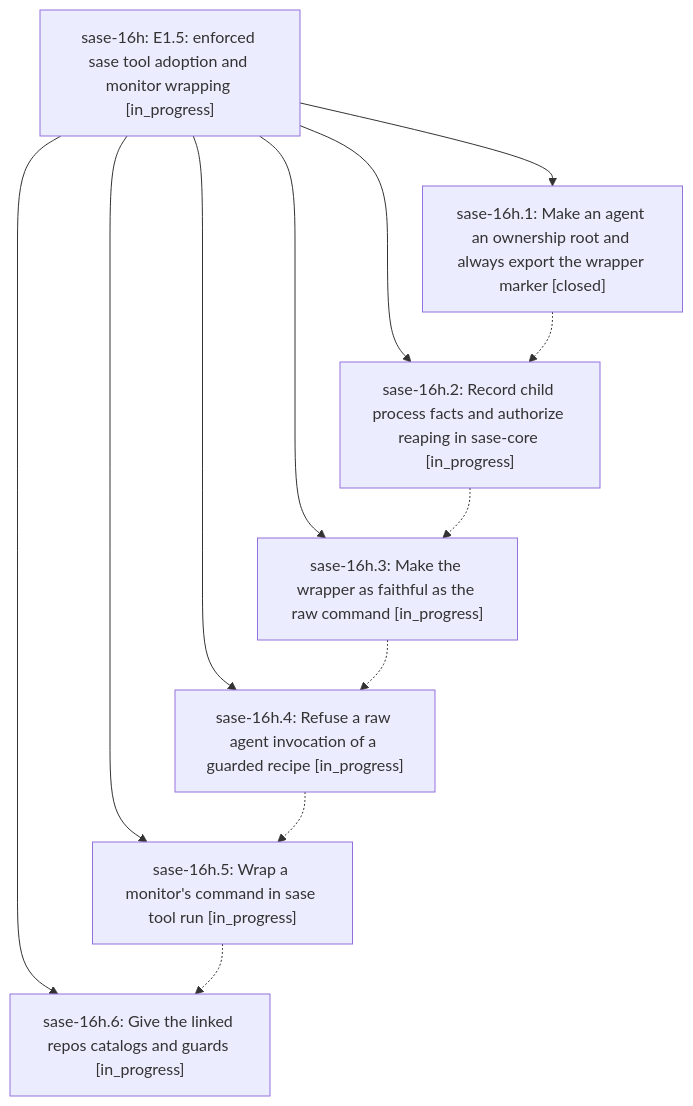
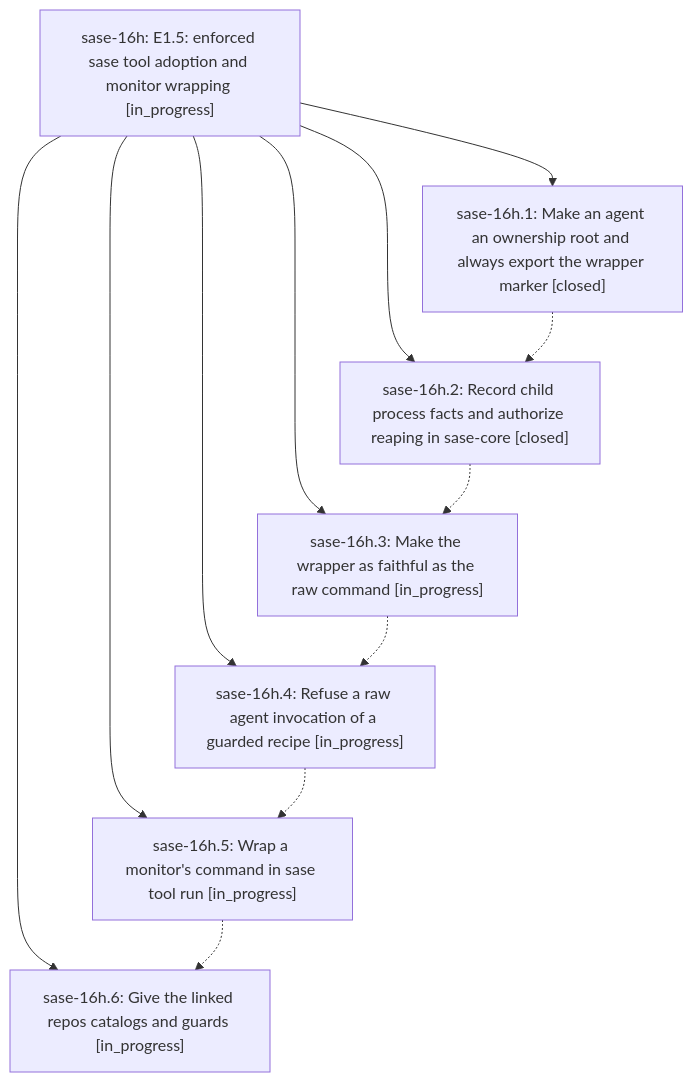
One commit to sase-org/sase--beads changed the diagram in pages/sase-16h/README.md. Above: the diagram before and after it, drawn with Mermaid. The commit also changed other lines of this file and 3 other files, not shown here.

````diff
--- a/pages/sase-16h/README.md
+++ b/pages/sase-16h/README.md
@@ -27,21 +27,21 @@
 ```mermaid
 flowchart TD
     n0["sase-16h: E1.5: enforced sase tool adoption and monitor wrapping [in_progress]"]
     n1["sase-16h.1: Make an agent an ownership root and always export the wrapper marker [closed]"]
-    n2["sase-16h.2: Record child process facts and authorize reaping in sase-core [in_progress]"]
+    n2["sase-16h.2: Record child process facts and authorize reaping in sase-core [closed]"]
     n3["sase-16h.3: Make the wrapper as faithful as the raw command [in_progress]"]
     n4["sase-16h.4: Refuse a raw agent invocation of a guarded recipe [in_progress]"]
     n5["sase-16h.5: Wrap a monitor's command in sase tool run [in_progress]"]
     n6["sase-16h.6: Give the linked repos catalogs and guards [in_progress]"]
     n0 --> n1
     n0 --> n2
     n0 --> n3
     n0 --> n4
     n0 --> n5
     n0 --> n6
     n1 -.-> n2
     n2 -.-> n3
     n3 -.-> n4
     n4 -.-> n5
     n5 -.-> n6
 ```
````
